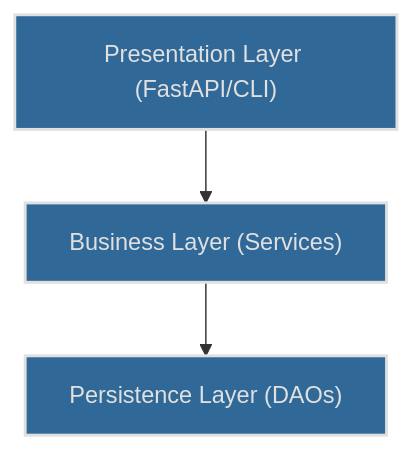
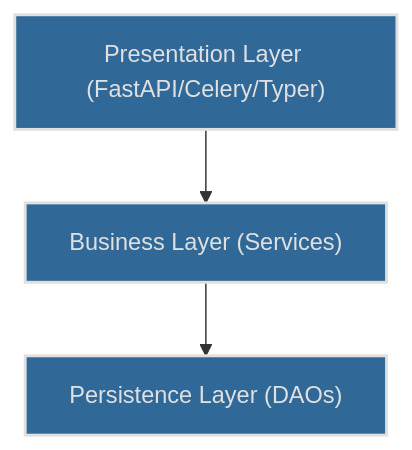
One commit to anmarkoulis/layered-architecture changed the diagram in docs/diagrams/source/high_level_architecture.mmd. Above: the diagram before and after it, drawn with Mermaid. The commit also changed 3 other files, not shown here.

```diff
--- a/docs/diagrams/source/high_level_architecture.mmd
+++ b/docs/diagrams/source/high_level_architecture.mmd
@@ -1,7 +1,7 @@
 flowchart TD
-    A["Presentation Layer (FastAPI/CLI)"] --> B["Business Layer (Services)"]
+    A["Presentation Layer (FastAPI/Celery/Typer)"] --> B["Business Layer (Services)"]
     B --> C["Persistence Layer (DAOs)"]
 
     style A fill:#306998,stroke:#E0E0E0,stroke-width:2px,color:#E0E0E0
     style B fill:#306998,stroke:#E0E0E0,stroke-width:2px,color:#E0E0E0
     style C fill:#306998,stroke:#E0E0E0,stroke-width:2px,color:#E0E0E0
```
